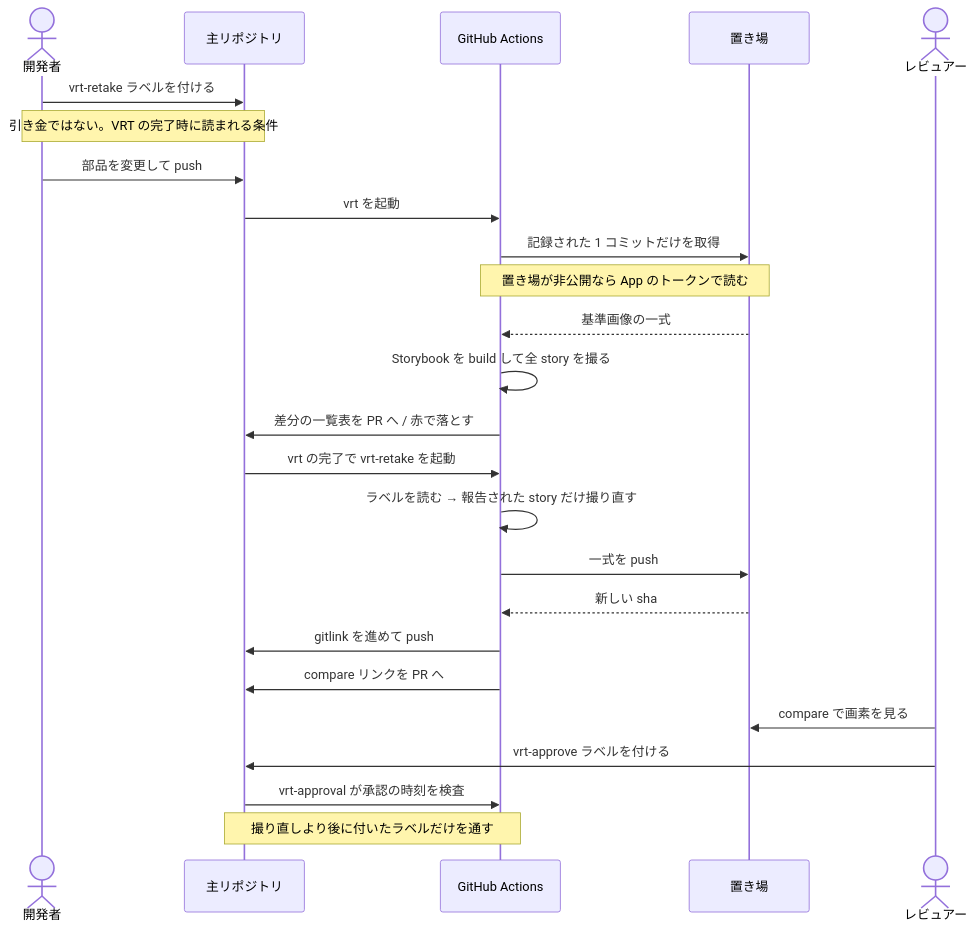
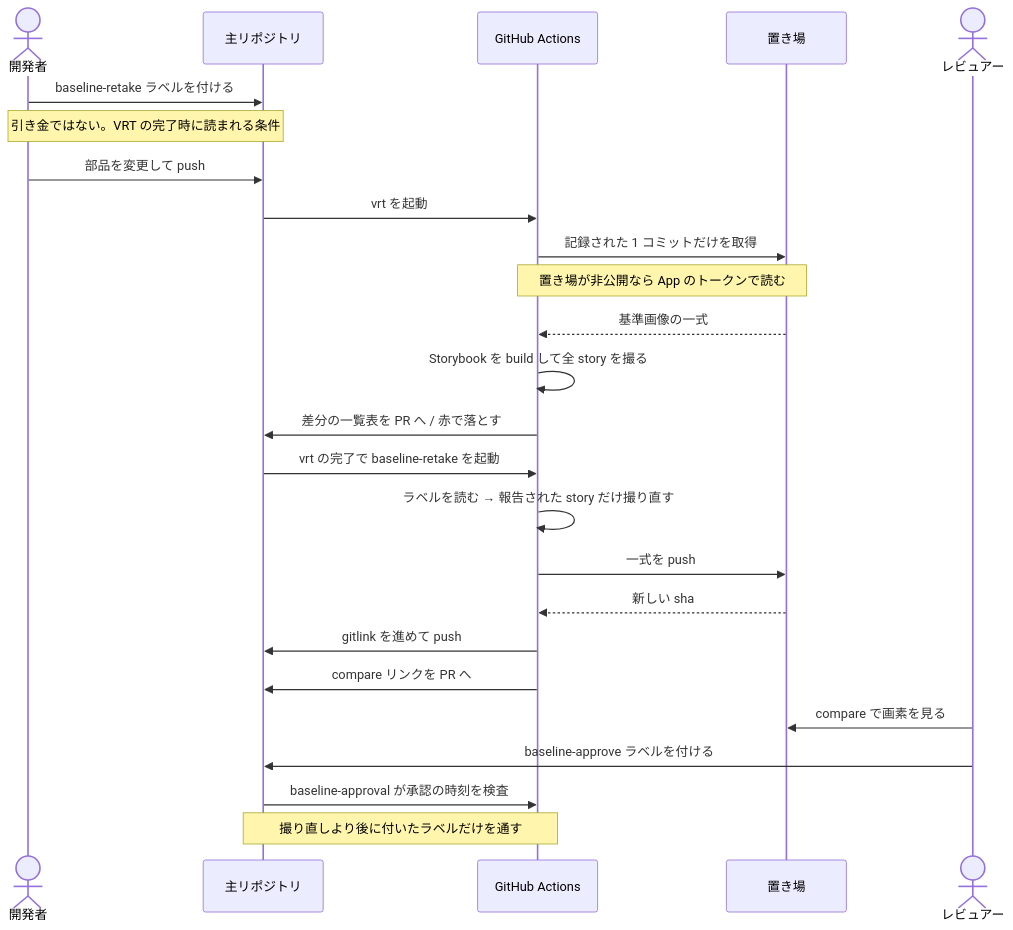
Before and after one commit to Tomy-ch/nextjs-boilerplate: the second of 2 diagrams in docs/design/vrt.md, drawn with Mermaid. The commit also changed other lines of this file and 58 other files, not shown here.

````diff
--- a/docs/design/vrt.md
+++ b/docs/design/vrt.md
@@ -63,31 +63,31 @@
 ```mermaid
 sequenceDiagram
     actor dev as 開発者
     participant main as 主リポジトリ
     participant gha as GitHub Actions
     participant store as 置き場
     actor rev as レビュアー
 
-    dev->>main: vrt-retake ラベルを付ける
+    dev->>main: baseline-retake ラベルを付ける
     Note over dev,main: 引き金ではない。VRT の完了時に読まれる条件
 
     dev->>main: 部品を変更して push
     main->>gha: vrt を起動
     gha->>store: 記録された 1 コミットだけを取得
     Note over gha,store: 置き場が非公開なら App のトークンで読む
     store-->>gha: 基準画像の一式
     gha->>gha: Storybook を build して全 story を撮る
     gha->>main: 差分の一覧表を PR へ / 赤で落とす
 
-    main->>gha: vrt の完了で vrt-retake を起動
+    main->>gha: vrt の完了で baseline-retake を起動
     gha->>gha: ラベルを読む → 報告された story だけ撮り直す
     gha->>store: 一式を push
     store-->>gha: 新しい sha
     gha->>main: gitlink を進めて push
     gha->>main: compare リンクを PR へ
 
     rev->>store: compare で画素を見る
-    rev->>main: vrt-approve ラベルを付ける
-    main->>gha: vrt-approval が承認の時刻を検査
+    rev->>main: baseline-approve ラベルを付ける
+    main->>gha: baseline-approval が承認の時刻を検査
     Note over main,gha: 撮り直しより後に付いたラベルだけを通す
 ```
````
